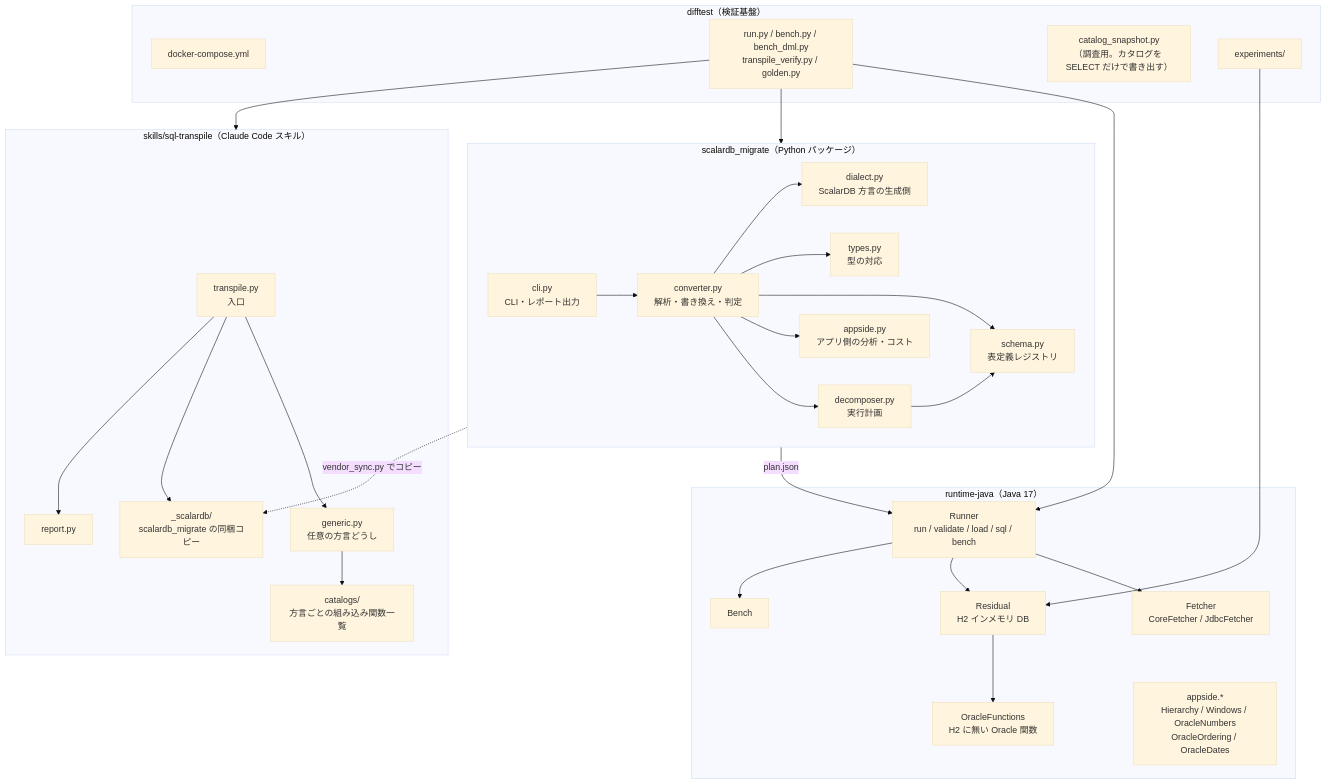
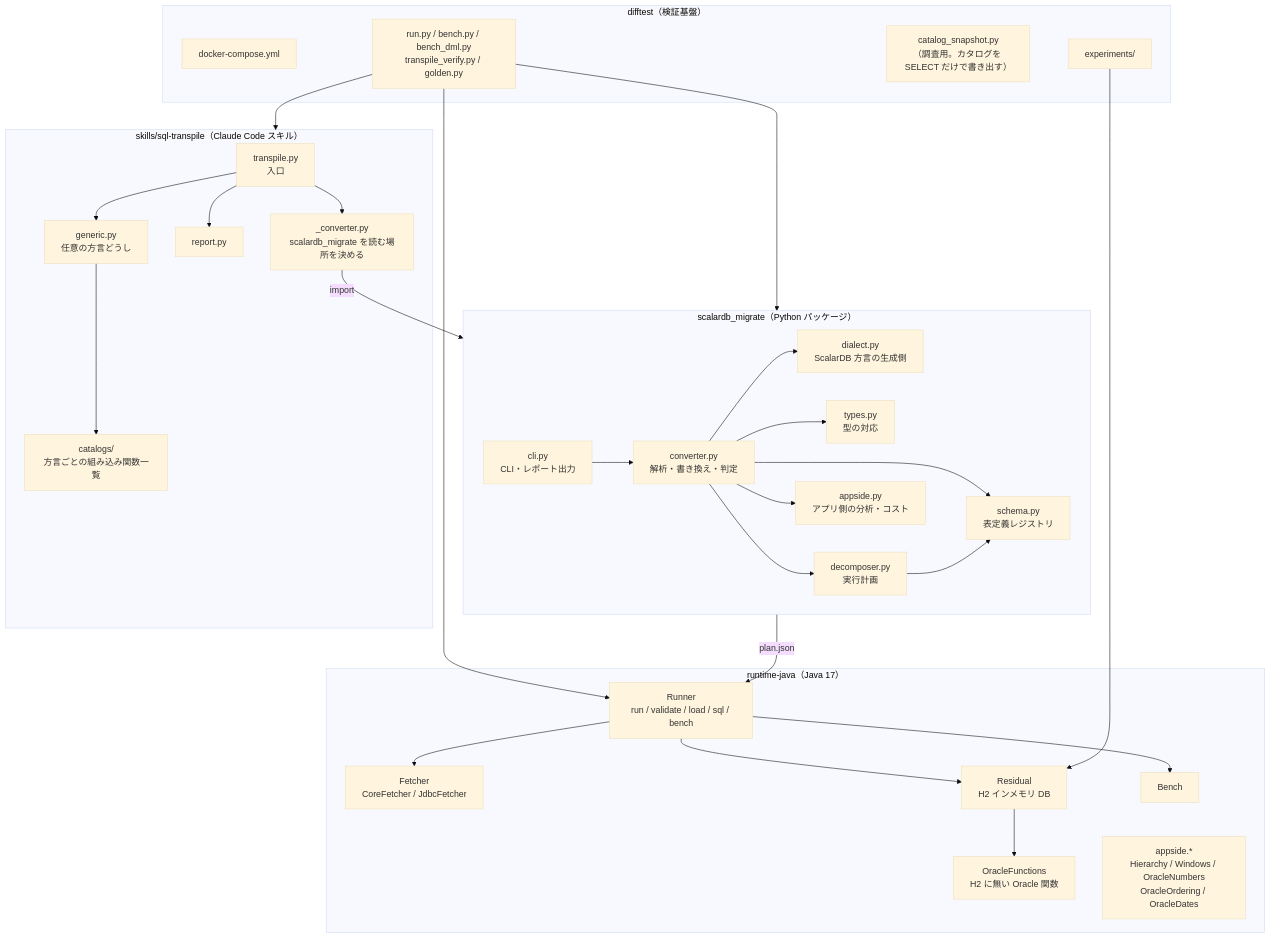
One commit to wfukatsu/sql-migration changed the third of 25 diagrams in docs/design/architecture.md. Above: the diagram before and after it, drawn with Mermaid (base theme). The commit also changed other lines of this file and 5 other files, not shown here.

````diff
--- a/docs/design/architecture.md
+++ b/docs/design/architecture.md
@@ -103,58 +103,58 @@
 ```mermaid
 flowchart TB
     subgraph PY["scalardb_migrate（Python パッケージ）"]
         CLI["cli.py<br/>CLI・レポート出力"]
         CONV["converter.py<br/>解析・書き換え・判定"]
         DIA["dialect.py<br/>ScalarDB 方言の生成側"]
         TYP["types.py<br/>型の対応"]
         SCM["schema.py<br/>表定義レジストリ"]
         DEC["decomposer.py<br/>実行計画"]
         APS["appside.py<br/>アプリ側の分析・コスト"]
         CLI --> CONV
         CONV --> DIA
         CONV --> TYP
         CONV --> SCM
         CONV --> DEC
         CONV --> APS
         DEC --> SCM
     end
 
     subgraph SK["skills/sql-transpile（Claude Code スキル）"]
         TR["transpile.py<br/>入口"]
         GEN["generic.py<br/>任意の方言どうし"]
         RP["report.py"]
-        VEN["_scalardb/<br/>scalardb_migrate の同梱コピー"]
+        VEN["_converter.py<br/>scalardb_migrate を読む場所を決める"]
         CAT["catalogs/<br/>方言ごとの組み込み関数一覧"]
         TR --> GEN
         TR --> VEN
         TR --> RP
         GEN --> CAT
     end
 
     subgraph JV["runtime-java（Java 17）"]
         RUN["Runner<br/>run / validate / load / sql / bench"]
         FET["Fetcher<br/>CoreFetcher / JdbcFetcher"]
         RES["Residual<br/>H2 インメモリ DB"]
         BEN["Bench"]
         ORF["OracleFunctions<br/>H2 に無い Oracle 関数"]
         HLP["appside.*<br/>Hierarchy / Windows / OracleNumbers<br/>OracleOrdering / OracleDates"]
         RUN --> FET
         RUN --> RES
         RUN --> BEN
         RES --> ORF
     end
 
     subgraph DT["difftest（検証基盤）"]
         DC["docker-compose.yml"]
         HAR["run.py / bench.py / bench_dml.py<br/>transpile_verify.py / golden.py"]
         SNAP["catalog_snapshot.py<br/>（調査用。カタログを SELECT だけで書き出す）"]
         EXP["experiments/"]
     end
 
-    PY -. "vendor_sync.py でコピー" .-> VEN
+    VEN -- "import" --> PY
     PY -- "plan.json" --> RUN
     HAR --> PY
     HAR --> SK
     HAR --> RUN
     EXP --> RES
 ```
````
